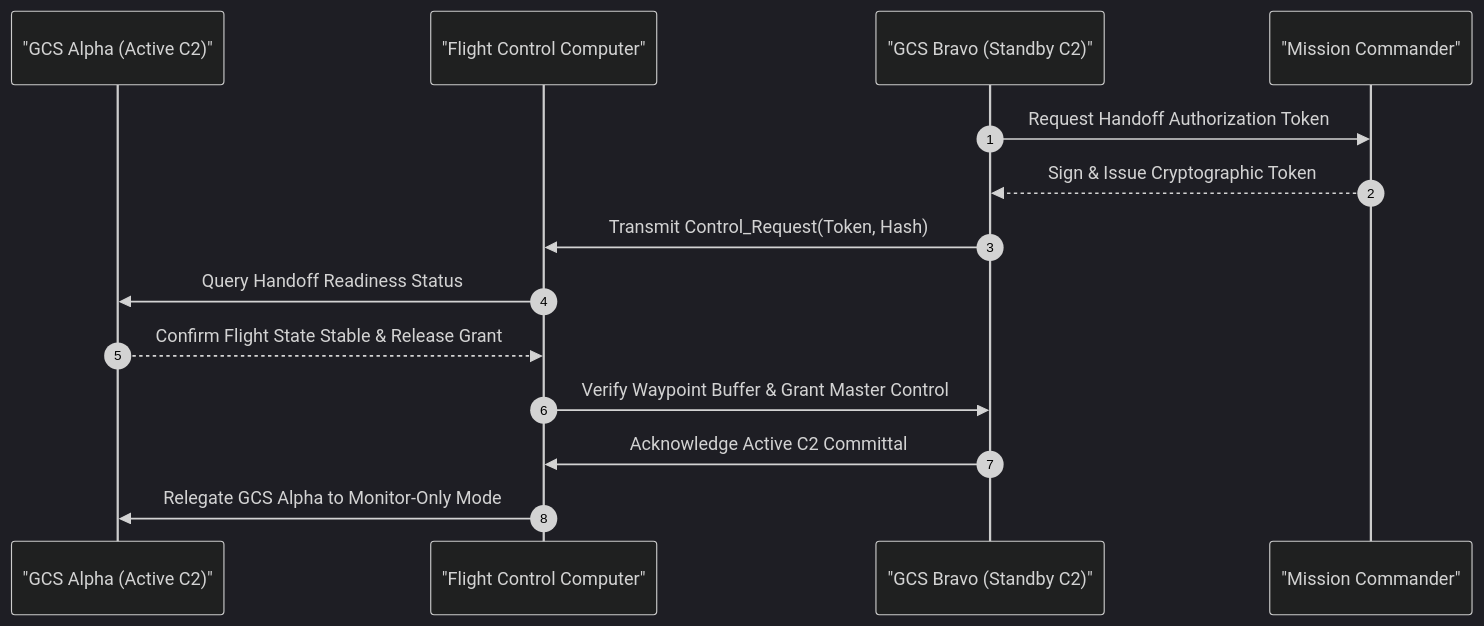
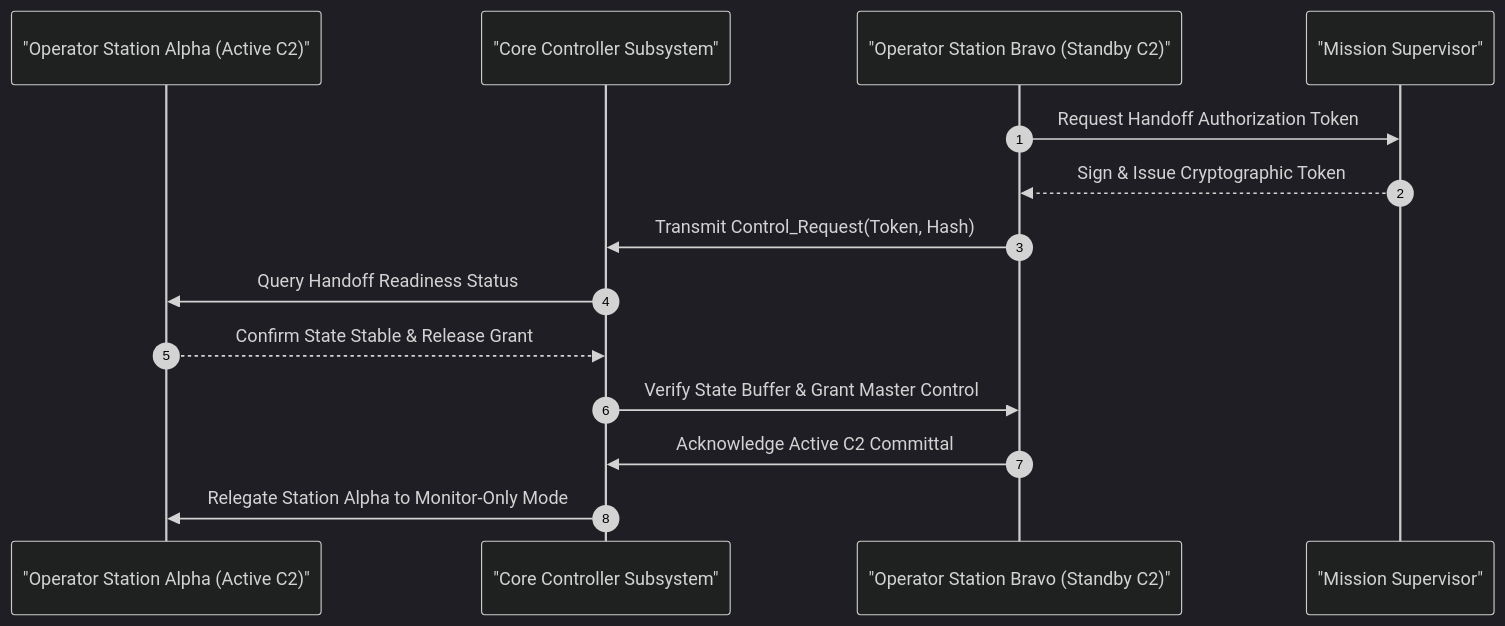
Before and after one commit to gintatkinson/DEAP-avionic-flight-safety: the diagram in skills/spec-conops-engineering/resources/units/conops/04_USER_CLASSES_AND_STAKEHOLDERS.md, drawn with Mermaid (dark theme). The commit also changed other lines of this file and 21 other files, not shown here.

````diff
--- a/skills/spec-conops-engineering/resources/units/conops/04_USER_CLASSES_AND_STAKEHOLDERS.md
+++ b/skills/spec-conops-engineering/resources/units/conops/04_USER_CLASSES_AND_STAKEHOLDERS.md
@@ -45,17 +45,17 @@
 ```mermaid
 sequenceDiagram
     autonumber
-    participant GCS_A as "GCS Alpha (Active C2)"
-    participant FCC as "Flight Control Computer"
-    participant GCS_B as "GCS Bravo (Standby C2)"
-    participant MC as "Mission Commander"
+    participant Station_A as "Operator Station Alpha (Active C2)"
+    participant CoreController as "Core Controller Subsystem"
+    participant Station_B as "Operator Station Bravo (Standby C2)"
+    participant MS as "Mission Supervisor"
 
-    GCS_B->>MC: Request Handoff Authorization Token
-    MC-->>GCS_B: Sign & Issue Cryptographic Token
-    GCS_B->>FCC: Transmit Control_Request(Token, Hash)
-    FCC->>GCS_A: Query Handoff Readiness Status
-    GCS_A-->>FCC: Confirm Flight State Stable & Release Grant
-    FCC->>GCS_B: Verify Waypoint Buffer & Grant Master Control
-    GCS_B->>FCC: Acknowledge Active C2 Committal
-    FCC->>GCS_A: Relegate GCS Alpha to Monitor-Only Mode
+    Station_B->>MS: Request Handoff Authorization Token
+    MS-->>Station_B: Sign & Issue Cryptographic Token
+    Station_B->>CoreController: Transmit Control_Request(Token, Hash)
+    CoreController->>Station_A: Query Handoff Readiness Status
+    Station_A-->>CoreController: Confirm State Stable & Release Grant
+    CoreController->>Station_B: Verify State Buffer & Grant Master Control
+    Station_B->>CoreController: Acknowledge Active C2 Committal
+    CoreController->>Station_A: Relegate Station Alpha to Monitor-Only Mode
 ```
````
